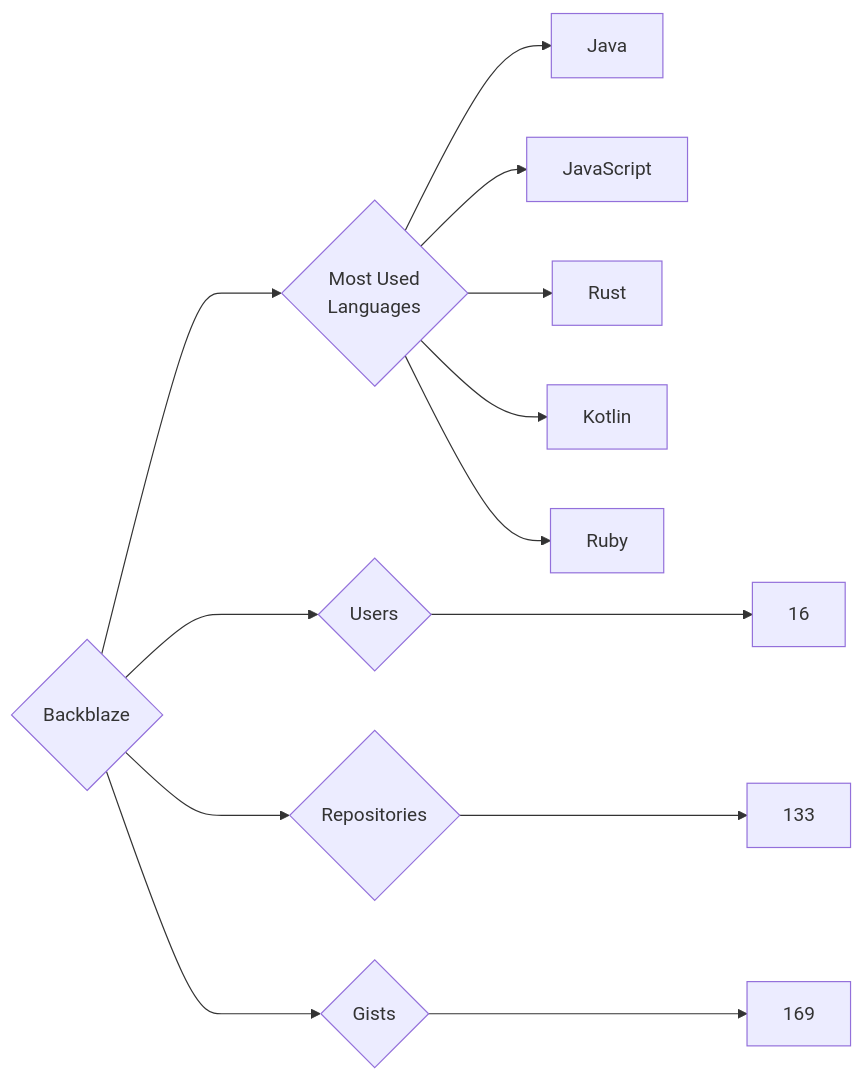
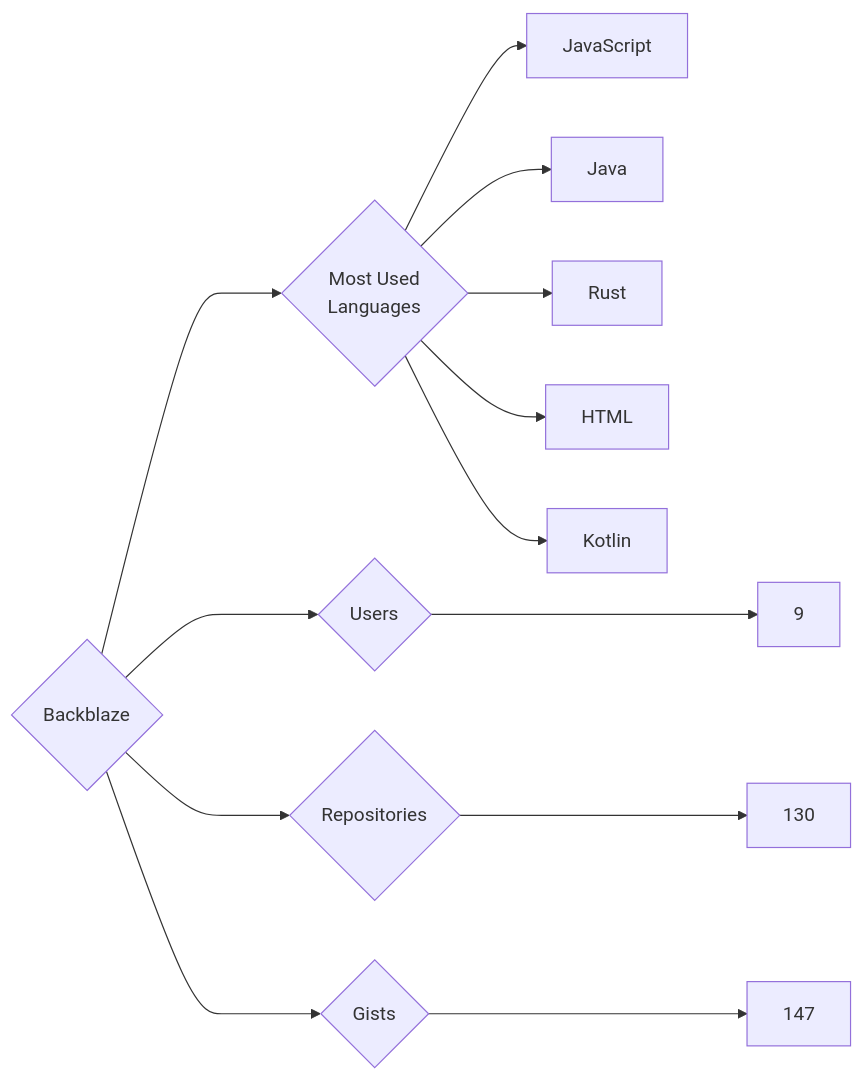
Before and after one commit to trickest/insiders: the diagram in targets/Backblaze/README.md, drawn with Mermaid. The commit also changed 1238 other files, not shown here.

````diff
--- a/targets/Backblaze/README.md
+++ b/targets/Backblaze/README.md
@@ -3,13 +3,13 @@
 ```mermaid
 graph LR
 COMPANY_NAME{Backblaze}
-COMPANY_NAME ---> U{Users} ---> UN[16]
-COMPANY_NAME ---> R{Repositories} ---> RN[133]
-COMPANY_NAME ---> G{Gists} ---> GN[169]
+COMPANY_NAME ---> U{Users} ---> UN[9]
+COMPANY_NAME ---> R{Repositories} ---> RN[130]
+COMPANY_NAME ---> G{Gists} ---> GN[147]
 COMPANY_NAME ---> ML{Most Used<br>Languages}
+ML --> JavaScript[JavaScript]
 ML --> Java[Java]
-ML --> JavaScript[JavaScript]
 ML --> Rust[Rust]
+ML --> HTML[HTML]
 ML --> Kotlin[Kotlin]
-ML --> Ruby[Ruby]
 ```
````
